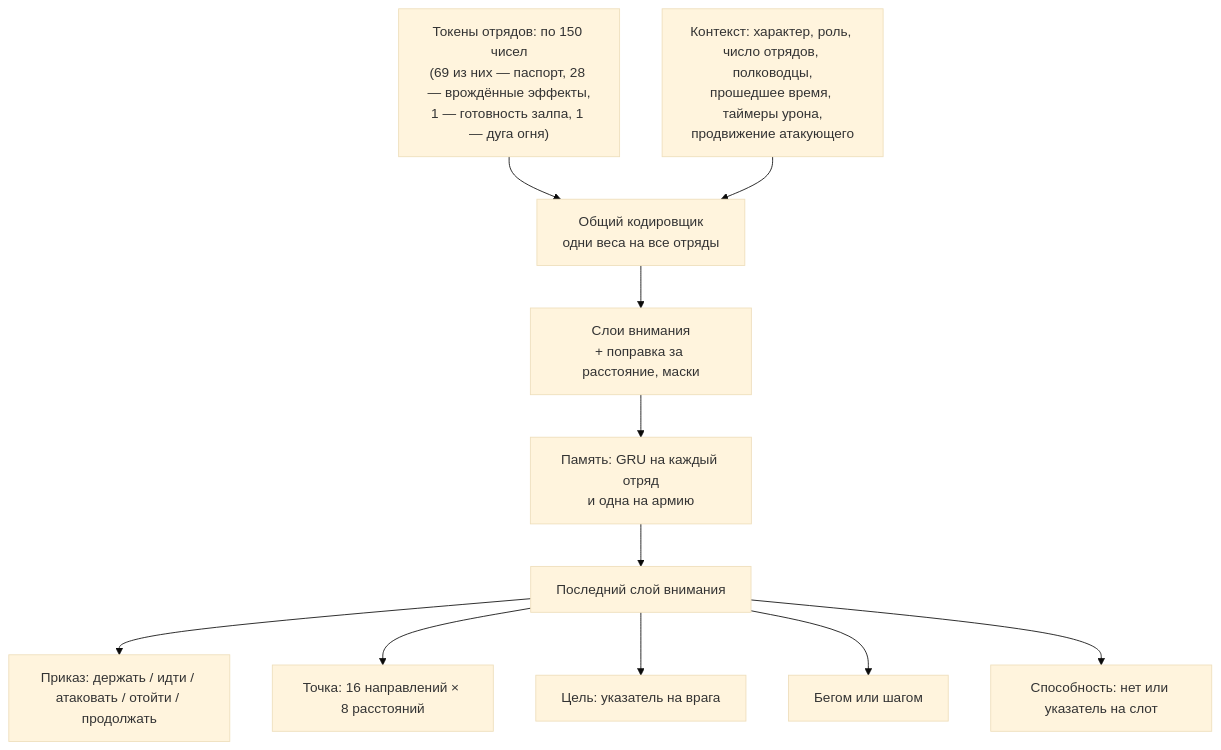
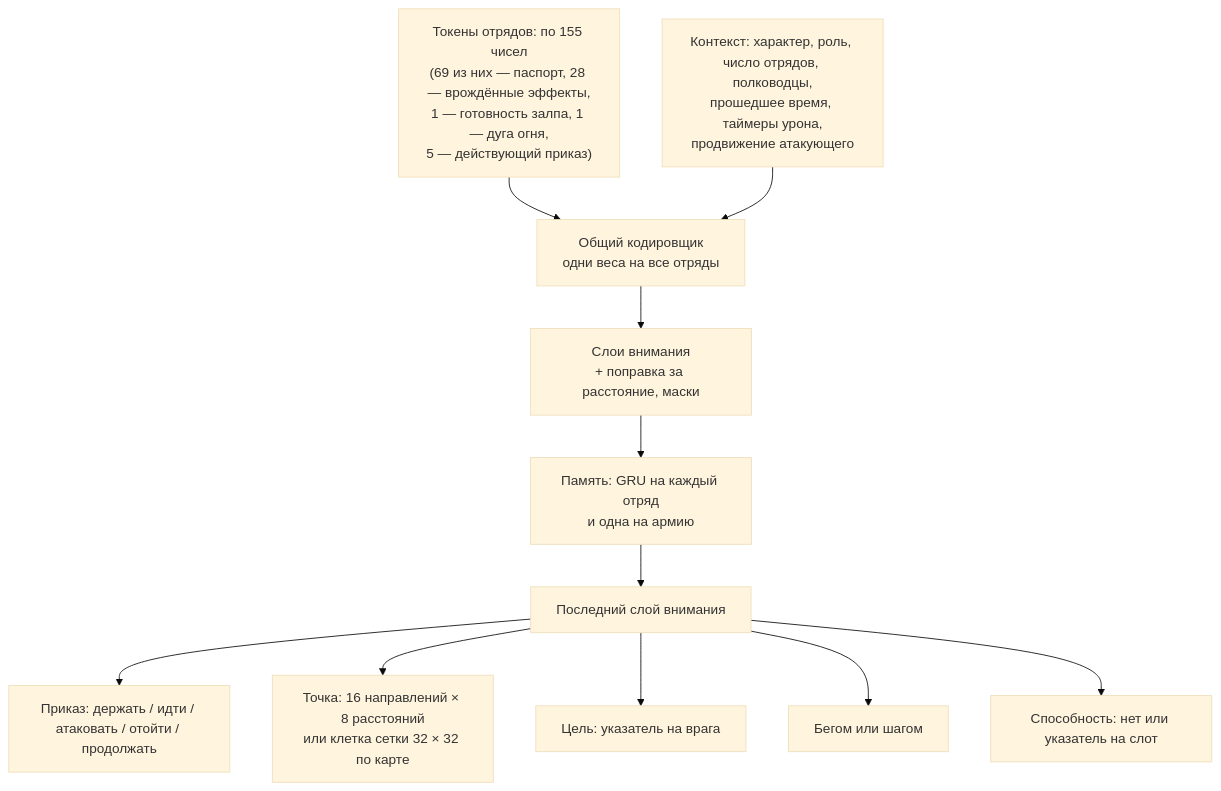
The second of 2 diagrams in docs/ru/training/model.md (DimaZero7/TWW3-batle-ai), drawn with Mermaid (base theme) before and after one commit. The commit also changed other lines of this file and 17 other files, not shown here.

````diff
--- a/docs/ru/training/model.md
+++ b/docs/ru/training/model.md
@@ -223,13 +237,13 @@
 ```mermaid
 flowchart TB
-  tok["Токены отрядов: по 150 чисел<br/>(69 из них — паспорт, 28 — врождённые эффекты,<br/>1 — готовность залпа, 1 — дуга огня)"] --> enc["Общий кодировщик<br/>одни веса на все отряды"]
+  tok["Токены отрядов: по 155 чисел<br/>(69 из них — паспорт, 28 — врождённые эффекты,<br/>1 — готовность залпа, 1 — дуга огня,<br/>5 — действующий приказ)"] --> enc["Общий кодировщик<br/>одни веса на все отряды"]
   ctx["Контекст: характер, роль, число отрядов, полководцы,<br/>прошедшее время, таймеры урона,<br/>продвижение атакующего"] --> enc
   enc --> att["Слои внимания<br/>+ поправка за расстояние, маски"]
   att --> gru["Память: GRU на каждый отряд<br/>и одна на армию"]
   gru --> last["Последний слой внимания"]
   last --> kind["Приказ: держать / идти / атаковать / отойти / продолжать"]
-  last --> point["Точка: 16 направлений × 8 расстояний"]
+  last --> point["Точка: 16 направлений × 8 расстояний<br/>или клетка сетки 32 × 32 по карте"]
   last --> ptr["Цель: указатель на врага"]
   last --> run["Бегом или шагом"]
   last --> abil["Способность: нет или указатель на слот"]
 ```
````
